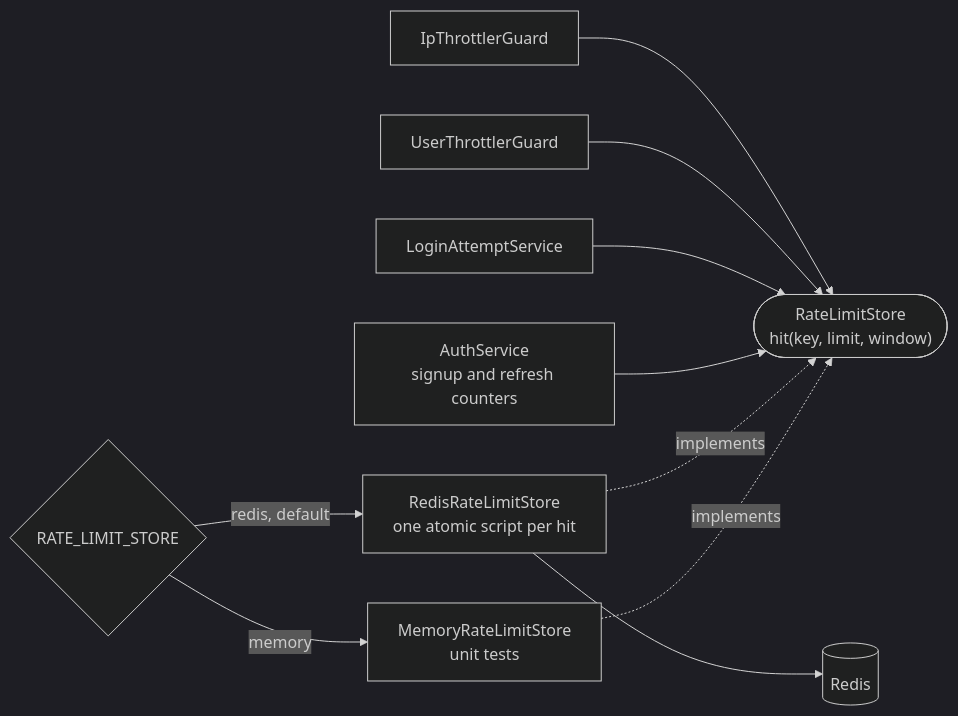
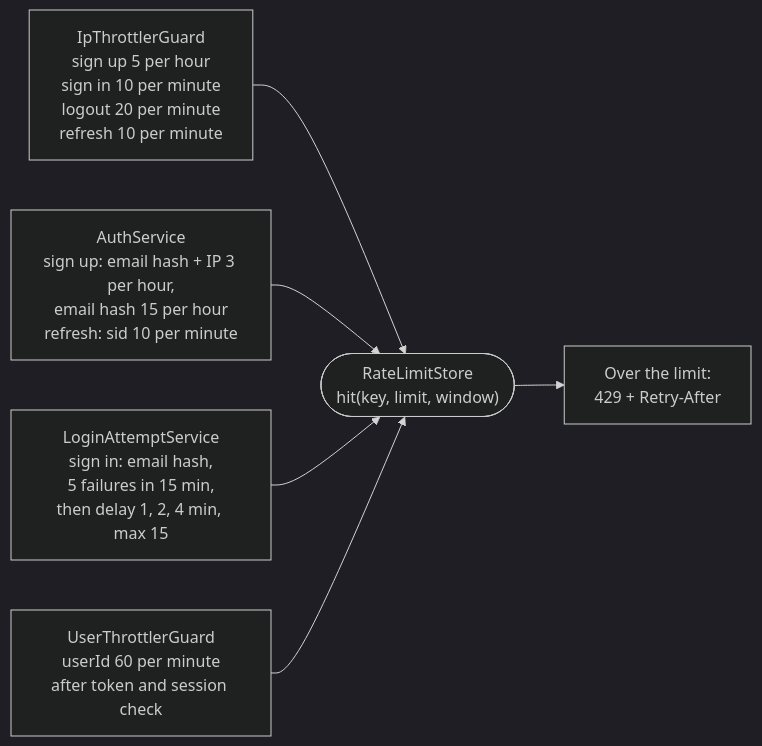
Before and after one commit to Rowan-habashy/easyGenerator-auth: the fifth of 7 diagrams in docs/architecture/c3-component.md, drawn with Mermaid (dark theme). The commit also changed other lines of this file and 4 other files, not shown here.

````diff
--- a/docs/architecture/c3-component.md
+++ b/docs/architecture/c3-component.md
@@ -148,19 +135,11 @@
 ```mermaid
 flowchart LR
-    ipg["IpThrottlerGuard"]
-    ug["UserThrottlerGuard"]
-    lat["LoginAttemptService"]
-    as["AuthService<br/>signup and refresh counters"]
+    ipg["IpThrottlerGuard<br/>sign up 5 per hour<br/>sign in 10 per minute<br/>logout 20 per minute<br/>refresh 10 per minute"]
+    as["AuthService<br/>sign up: email hash + IP 3 per hour,<br/>email hash 15 per hour<br/>refresh: sid 10 per minute"]
+    lat["LoginAttemptService<br/>sign in: email hash,<br/>5 failures in 15 min,<br/>then delay 1, 2, 4 min, max 15"]
+    ug["UserThrottlerGuard<br/>userId 60 per minute<br/>after token and session check"]
     rl(["RateLimitStore<br/>hit(key, limit, window)"])
-    cfg{"RATE_LIMIT_STORE"}
-    redisS["RedisRateLimitStore<br/>one atomic script per hit"]
-    memS["MemoryRateLimitStore<br/>unit tests"]
-    redis[("Redis")]
+    res["Over the limit:<br/>429 + Retry-After"]
 
-    ipg & ug & lat & as --> rl
-    cfg -- "redis, default" --> redisS
-    cfg -- "memory" --> memS
-    redisS -. implements .-> rl
-    memS -. implements .-> rl
-    redisS --> redis
+    ipg & as & lat & ug --> rl --> res
 ```
````
